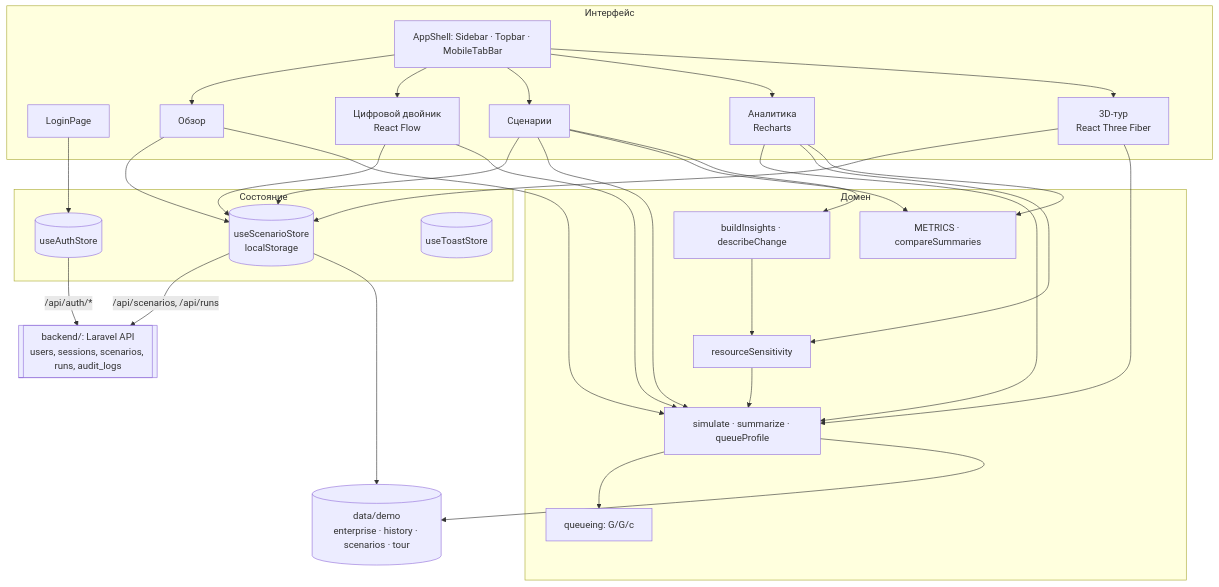
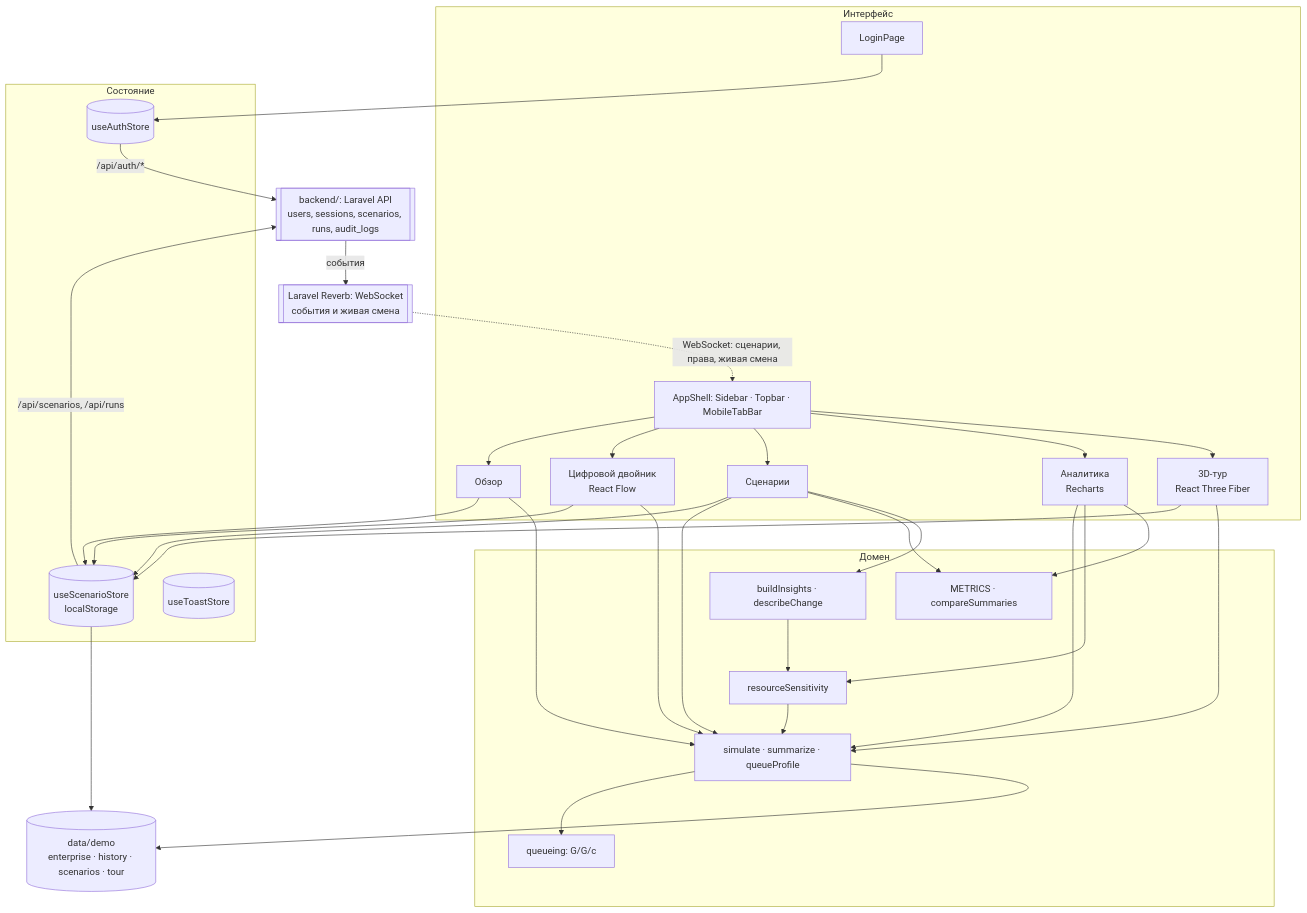
The first of 7 diagrams in docs/02-architecture.md (aMr1231/-3D--_), drawn with Mermaid before and after one commit. The commit also changed other lines of this file and 45 other files, not shown here.

First line of the commit message:
Real-time: Laravel Reverb и Echo

````diff
--- a/docs/02-architecture.md
+++ b/docs/02-architecture.md
@@ -19,46 +19,49 @@
 ```mermaid
 flowchart TB
   subgraph UI[Интерфейс]
     Login[LoginPage]
     Shell[AppShell: Sidebar · Topbar · MobileTabBar]
     Dash[Обзор]
     Twin[Цифровой двойник<br/>React Flow]
     Scen[Сценарии]
     Anal[Аналитика<br/>Recharts]
     Tour[3D-тур<br/>React Three Fiber]
   end
 
   subgraph State[Состояние]
     Auth[(useAuthStore)]
     Store[(useScenarioStore<br/>localStorage)]
     Toast[(useToastStore)]
   end
 
   subgraph Domain[Домен]
     Engine[simulate · summarize · queueProfile]
     Queue[queueing: G/G/c]
     Sens[resourceSensitivity]
     Metrics[METRICS · compareSummaries]
     Insights[buildInsights · describeChange]
   end
 
   Data[(data/demo<br/>enterprise · history · scenarios · tour)]
   API[[backend/: Laravel API<br/>users, sessions, scenarios, runs, audit_logs]]
+  WS[[Laravel Reverb: WebSocket<br/>события и живая смена]]
 
   Login --> Auth
   Auth -->|/api/auth/*| API
   Store -->|/api/scenarios, /api/runs| API
+  API -->|события| WS
+  WS -.->|WebSocket: сценарии, права, живая смена| Shell
   Shell --> Dash & Twin & Scen & Anal & Tour
   Scen --> Store
   Twin --> Store
   Tour --> Store
   Dash --> Store
   Dash & Twin & Scen & Anal & Tour --> Engine
   Engine --> Queue
   Sens --> Engine
   Insights --> Sens
   Scen --> Metrics & Insights
   Anal --> Sens & Metrics
   Engine --> Data
   Store --> Data
 ```
````
